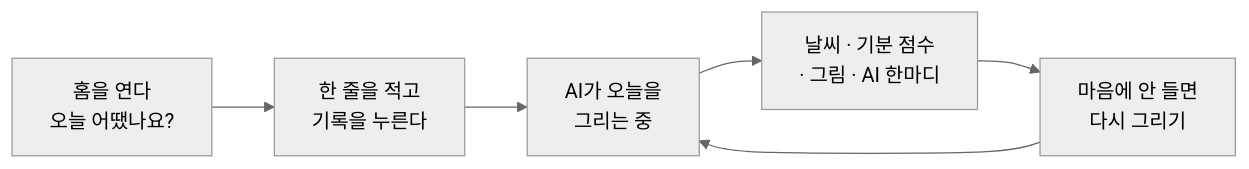
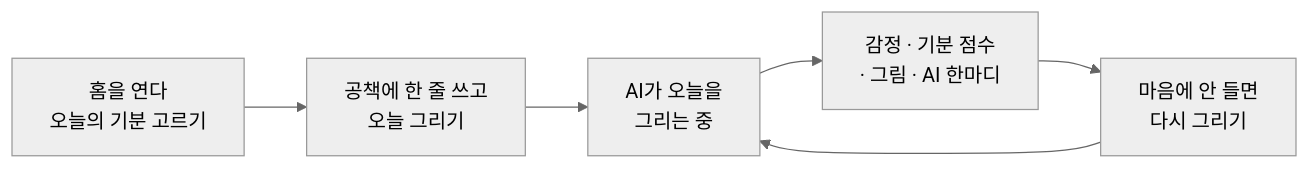
Before and after one commit to Minchae0322/ai-picture-diary: the diagram in docs/feature/오늘-한줄-기록.md, drawn with Mermaid (neutral theme). The commit also changed other lines of this file and 166 other files, not shown here.

````diff
--- a/docs/feature/오늘-한줄-기록.md
+++ b/docs/feature/오늘-한줄-기록.md
@@ -9,8 +9,8 @@
 ```mermaid
 flowchart LR
-    A["홈을 연다<br/>오늘 어땠나요?"] --> B["한 줄을 적고<br/>기록을 누른다"]
+    A["홈을 연다<br/>오늘의 기분 고르기"] --> B["공책에 한 줄 쓰고<br/>오늘 그리기"]
     B --> C["AI가 오늘을<br/>그리는 중"]
-    C --> D["날씨 · 기분 점수<br/>· 그림 · AI 한마디"]
+    C --> D["감정 · 기분 점수<br/>· 그림 · AI 한마디"]
     D --> E["마음에 안 들면<br/>다시 그리기"]
     E --> C
 ```
````
